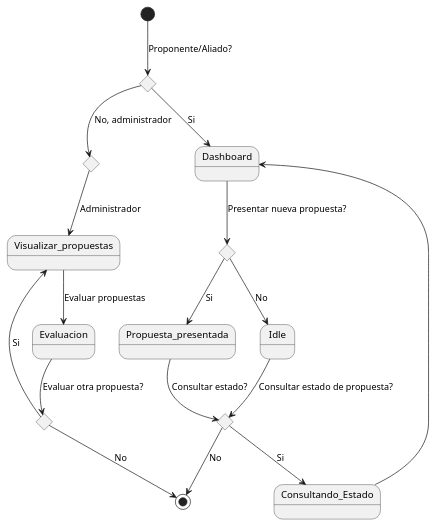
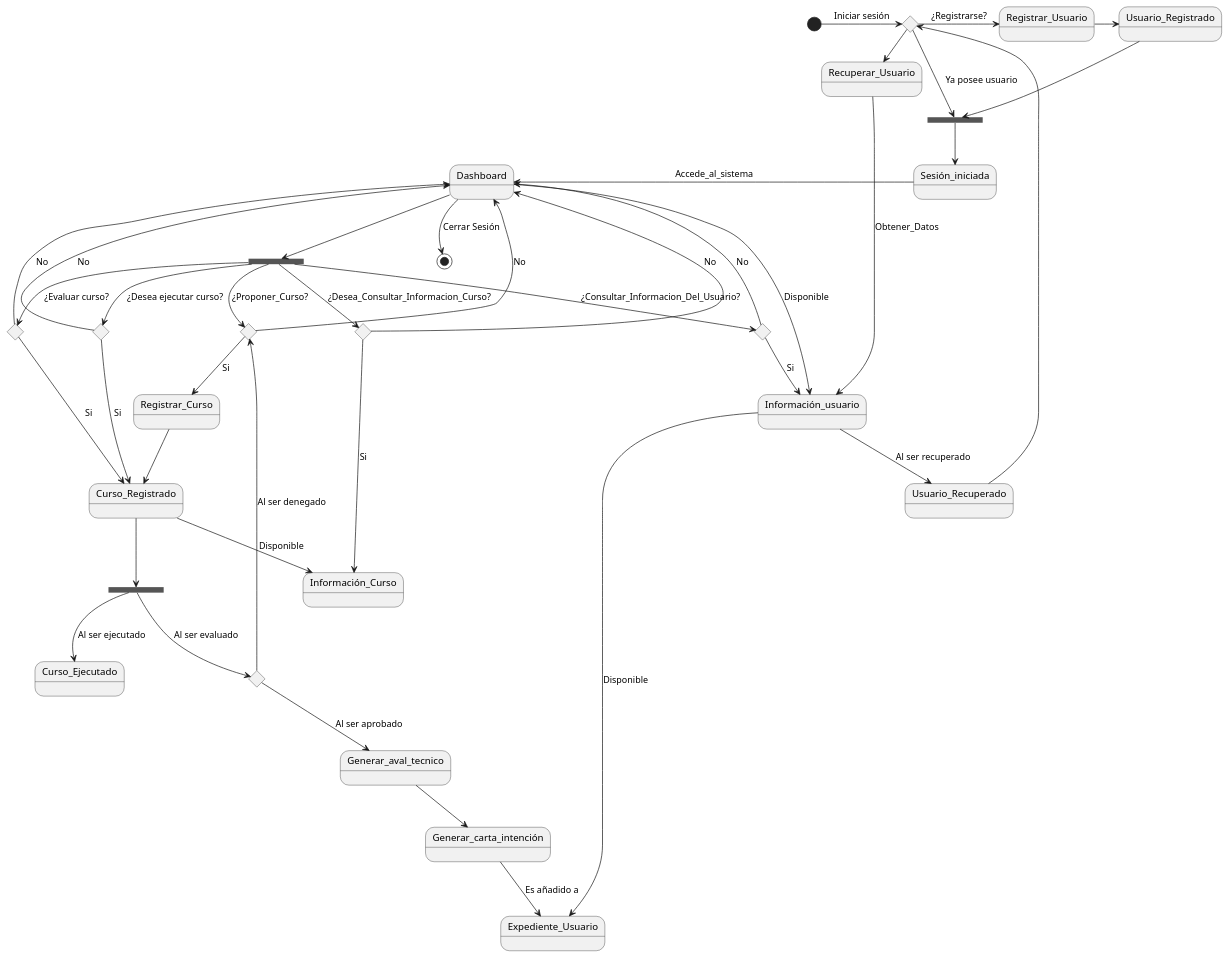
One commit to JD1714/Proyecto-IS-2024 changed the diagram in docs/scenariosView/esbozo_estados.plantuml. Above: the diagram before and after it, drawn with PlantUML.

Commit message:
Update esbozo_estados.plantuml
actualizacion esbozo

```diff
--- a/docs/scenariosView/esbozo_estados.plantuml
+++ b/docs/scenariosView/esbozo_estados.plantuml
@@ -1,31 +1,52 @@
-@startuml Reto08
+@startuml Casos_Final
+state fork1 <<fork>>
+state fork2 <<fork>>
+state fork3 <<fork>>
+state Opcion1 <<choice>>
+state Opcion2 <<choice>>
+state Opcion3 <<choice>>
+state Opcion4 <<choice>>
+state Opcion5 <<choice>>
+state Opcion6 <<choice>>
+state Opcion7 <<choice>>
 
-state choice1 <<choice>>
-state choice2 <<choice>>
-state choice3 <<choice>>
-state choice4 <<choice>>
-state choice5 <<choice>>
-
-
-'Estados para Proponente/Aliado'
-[*]-->choice1: Proponente/Aliado?
-choice1 --> Dashboard : Si
-Dashboard --> choice2 : Presentar nueva propuesta?
-choice2 --> Propuesta_presentada : Si
-Propuesta_presentada --> choice3 : Consultar estado?
-choice2 --> Idle: No
-Idle --> choice3: Consultar estado de propuesta?
-choice3 --> Consultando_Estado : Si
-Consultando_Estado --> Dashboard
-choice3 --> [*] : No
-
-'Estados para Administradores'
-choice1 --> choice4 : No, administrador
-choice4 --> Visualizar_propuestas: Administrador
-Visualizar_propuestas --> Evaluacion: Evaluar propuestas
-Evaluacion --> choice5 : Evaluar otra propuesta?
-choice5 --> Visualizar_propuestas: Si
-choice5 --> [*]: No
-
-
-@enduml
+[*] -> Opcion1 : Iniciar sesión
+Opcion1 -> Registrar_Usuario : ¿Registrarse?
+Registrar_Usuario -> Usuario_Registrado 
+Usuario_Registrado --> fork1
+Opcion1 -> Recuperar_Usuario : ¿Recuperar usuario?
+Opcion1 -> fork1 : Ya posee usuario
+Recuperar_Usuario --> Información_usuario : Obtener_Datos
+Información_usuario --> Usuario_Recuperado : Al ser recuperado
+Usuario_Recuperado --> Opcion1
+fork1 --> Sesión_iniciada
+Sesión_iniciada -> Dashboard : Accede_al_sistema
+Dashboard --> Información_usuario: Disponible
+Información_usuario -> Expediente_Usuario : Disponible
+Dashboard --> fork2
+fork2 --> Opcion2: ¿Consultar_Informacion_Del_Usuario?
+Opcion2--> Información_usuario: Si
+Opcion2-> Dashboard : No
+fork2 --> Opcion3 : ¿Proponer_Curso?
+Opcion3 --> Registrar_Curso : Si
+Opcion3 -> Dashboard: No
+Registrar_Curso --> Curso_Registrado
+Curso_Registrado --> Información_Curso: Disponible
+fork2 -->Opcion4: ¿Evaluar curso?
+Opcion4 --> Dashboard: No
+Opcion4 --> Curso_Registrado: Si
+Curso_Registrado --> fork3
+fork3 --> Opcion5 : Al ser evaluado
+Opcion5 --> Generar_aval_tecnico : Al ser aprobado
+Generar_aval_tecnico --> Generar_carta_intención
+Generar_carta_intención --> Expediente_Usuario : Es añadido a
+Opcion5 --> Opcion3 : Al ser denegado
+fork2 -->Opcion6 : ¿Desea_Consultar_Informacion_Curso?
+Opcion6 --> Información_Curso : Si
+Opcion6 --> Dashboard: No
+fork2 --> Opcion7 : ¿Desea ejecutar curso?
+Opcion7 --> Curso_Registrado :Si
+fork3 --> Curso_Ejecutado : Al ser ejecutado
+Opcion7 -->Dashboard :No 
+Dashboard --> [*] : Cerrar Sesión
+@endl
```
